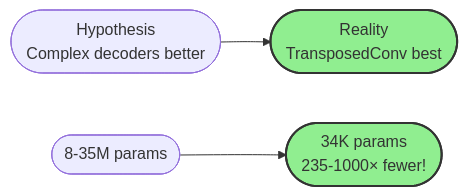
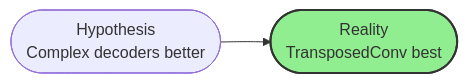
Before and after one commit to DanicaBlazanovic/CAP6415_F25_project_Input_Image_Reconstruction_from_Features: the second of 11 diagrams in EXPERIMENTAL_RESULTS_DISCUSSION.md, drawn with Mermaid. The commit also changed other lines of this file, not shown here.

````diff
--- a/EXPERIMENTAL_RESULTS_DISCUSSION.md
+++ b/EXPERIMENTAL_RESULTS_DISCUSSION.md
@@ -68,8 +67,6 @@
 ```mermaid
 graph LR
     A([Hypothesis<br/>Complex decoders better]) --> B([Reality<br/>TransposedConv best])
-    C([8-35M params]) --> D([34K params<br/>235-1000× fewer!])
     
     style B fill:#90EE90,stroke:#333,stroke-width:2px
-    style D fill:#90EE90,stroke:#333,stroke-width:2px
 ```
````
